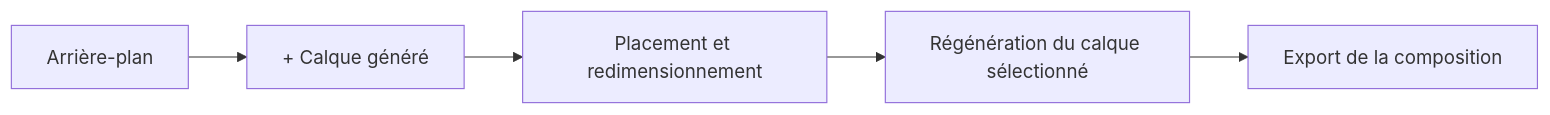
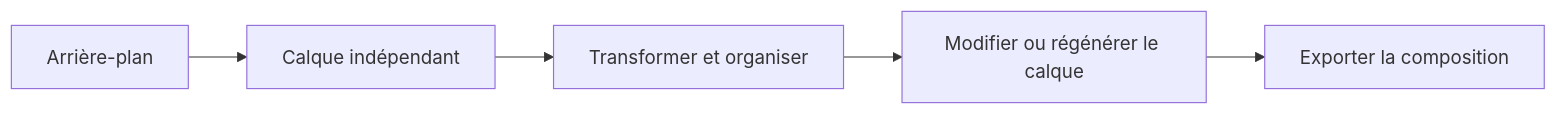
Before and after one commit to Kiingsora/imagen-construct: the diagram in README.fr.md, drawn with Mermaid. The commit also changed other lines of this file and 9 other files, not shown here.

````diff
--- a/README.fr.md
+++ b/README.fr.md
@@ -25,7 +62,7 @@
 ```mermaid
 flowchart LR
-    A[Arrière-plan] --> B[+ Calque généré]
-    B --> C[Placement et redimensionnement]
-    C --> D[Régénération du calque sélectionné]
-    D --> E[Export de la composition]
+    A[Arrière-plan] --> B[Calque indépendant]
+    B --> C[Transformer et organiser]
+    C --> D[Modifier ou régénérer le calque]
+    D --> E[Exporter la composition]
 ```
````
